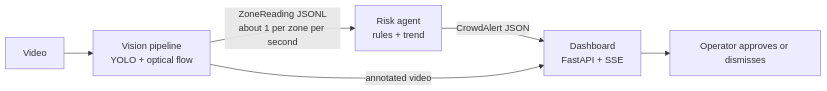
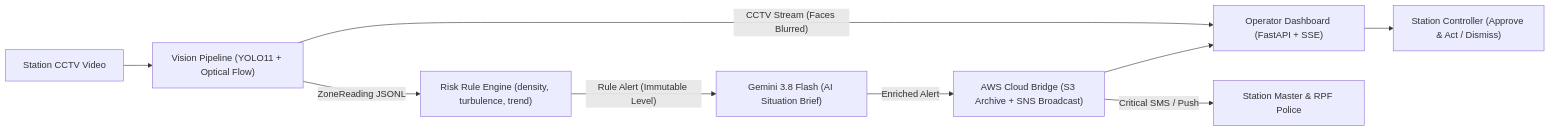
Before and after one commit to ITHA-SUNNY/Station-Crowd-Safety-Agent: the diagram in README.md, drawn with Mermaid. The commit also changed other lines of this file and 10 other files, not shown here.

Commit message:
Add Gemini 3.8 Flash incident enricher, AWS S3/SNS cloud bridge, and unified main runner

````diff
--- a/README.md
+++ b/README.md
@@ -36,8 +13,11 @@
 ```mermaid
 flowchart LR
-    V[Video] --> P[Vision pipeline<br/>YOLO + optical flow]
-    P -- "ZoneReading JSONL<br/>about 1 per zone per second" --> A[Risk agent<br/>rules + trend]
-    A -- "CrowdAlert JSON" --> D[Dashboard<br/>FastAPI + SSE]
-    P -- annotated video --> D
-    D --> O[Operator approves or dismisses]
+    V["Station CCTV Video"] --> P["Vision Pipeline (YOLO11 + Optical Flow)"]
+    P -- "ZoneReading JSONL" --> A["Risk Rule Engine (density, turbulence, trend)"]
+    A -- "Rule Alert (Immutable Level)" --> G["Gemini 3.8 Flash (AI Situation Brief)"]
+    G -- "Enriched Alert" --> AWS["AWS Cloud Bridge (S3 Archive + SNS Broadcast)"]
+    AWS --> D["Operator Dashboard (FastAPI + SSE)"]
+    P -- "CCTV Stream (Faces Blurred)" --> D
+    D --> O["Station Controller (Approve & Act / Dismiss)"]
+    AWS -- "Critical SMS / Push" --> M["Station Master & RPF Police"]
 ```
````
